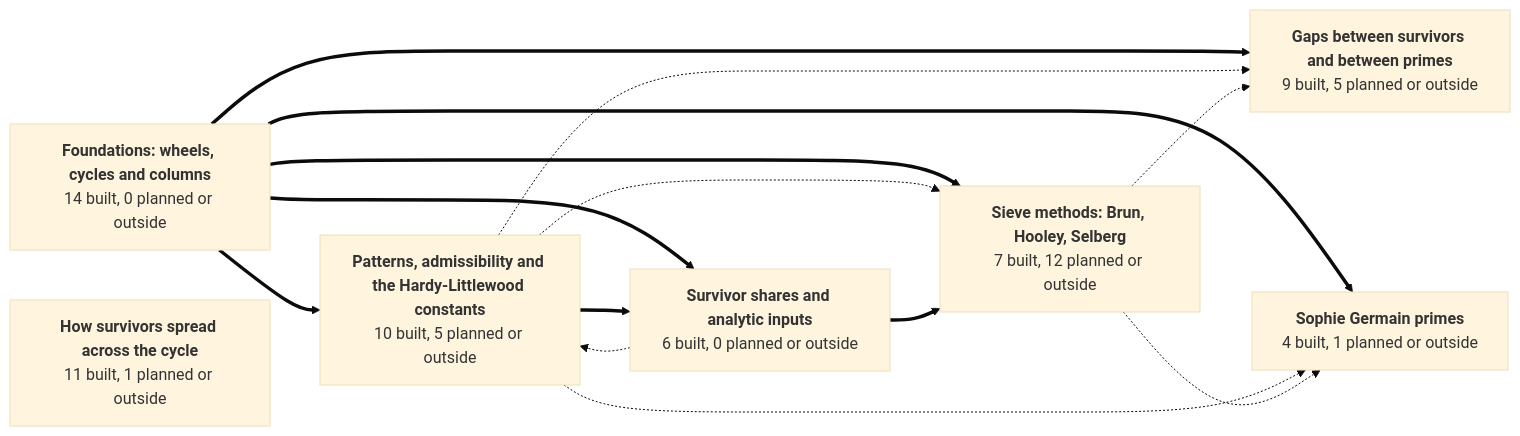
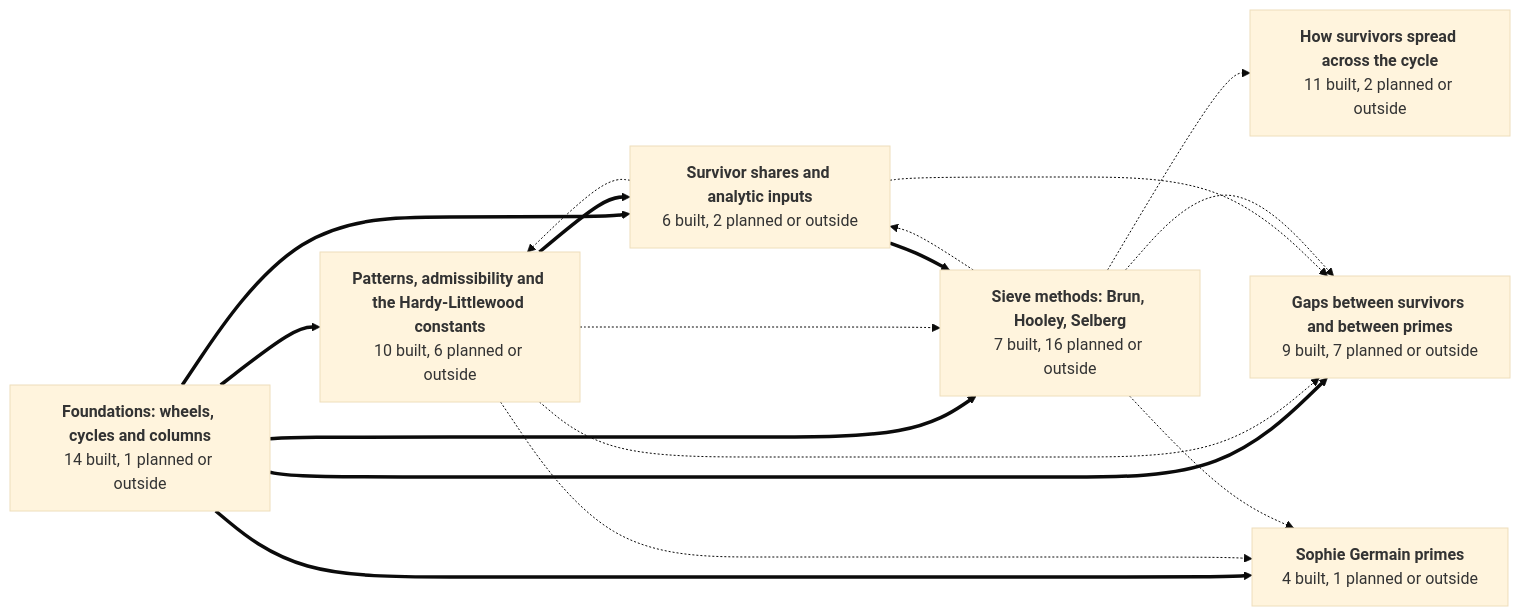
Before and after one commit to golfbum71/RNS-Sieve-Network: the first of 8 diagrams in GRAPH.md, drawn with Mermaid (base theme). The commit also changed other lines of this file and 43 other files, not shown here.

````diff
--- a/GRAPH.md
+++ b/GRAPH.md
@@ -45,30 +45,33 @@
 ```mermaid
 graph LR
-  g1["<b>Foundations: wheels, cycles and columns</b><br/>14 built, 0 planned or outside"]
-  g2["<b>Patterns, admissibility and the Hardy-Littlewood constants</b><br/>10 built, 5 planned or outside"]
-  g3["<b>How survivors spread across the cycle</b><br/>11 built, 1 planned or outside"]
-  g4["<b>Gaps between survivors and between primes</b><br/>9 built, 5 planned or outside"]
+  g1["<b>Foundations: wheels, cycles and columns</b><br/>14 built, 1 planned or outside"]
+  g2["<b>Patterns, admissibility and the Hardy-Littlewood constants</b><br/>10 built, 6 planned or outside"]
+  g3["<b>How survivors spread across the cycle</b><br/>11 built, 2 planned or outside"]
+  g4["<b>Gaps between survivors and between primes</b><br/>9 built, 7 planned or outside"]
   g5["<b>Sophie Germain primes</b><br/>4 built, 1 planned or outside"]
-  g6["<b>Survivor shares and analytic inputs</b><br/>6 built, 0 planned or outside"]
-  g7["<b>Sieve methods: Brun, Hooley, Selberg</b><br/>7 built, 12 planned or outside"]
+  g6["<b>Survivor shares and analytic inputs</b><br/>6 built, 2 planned or outside"]
+  g7["<b>Sieve methods: Brun, Hooley, Selberg</b><br/>7 built, 16 planned or outside"]
   g1 ==> g2
   g1 ==> g4
   g1 ==> g5
   g1 ==> g6
   g1 ==> g7
   g2 -.-> g4
   g2 -.-> g5
   g2 ==> g6
   g2 -.-> g7
   g6 -.-> g2
+  g6 -.-> g4
   g6 ==> g7
+  g7 -.-> g3
   g7 -.-> g4
   g7 -.-> g5
+  g7 -.-> g6
   click g1 href "https://github.com/golfbum71/RNS-Sieve-Network/blob/main/GRAPH.md#foundations-wheels-cycles-and-columns" _self
   click g2 href "https://github.com/golfbum71/RNS-Sieve-Network/blob/main/GRAPH.md#patterns-admissibility-and-the-hardy-littlewood-constants" _self
   click g3 href "https://github.com/golfbum71/RNS-Sieve-Network/blob/main/GRAPH.md#how-survivors-spread-across-the-cycle" _self
   click g4 href "https://github.com/golfbum71/RNS-Sieve-Network/blob/main/GRAPH.md#gaps-between-survivors-and-between-primes" _self
   click g5 href "https://github.com/golfbum71/RNS-Sieve-Network/blob/main/GRAPH.md#sophie-germain-primes" _self
   click g6 href "https://github.com/golfbum71/RNS-Sieve-Network/blob/main/GRAPH.md#survivor-shares-and-analytic-inputs" _self
   click g7 href "https://github.com/golfbum71/RNS-Sieve-Network/blob/main/GRAPH.md#sieve-methods-brun-hooley-selberg" _self
 ```
````
